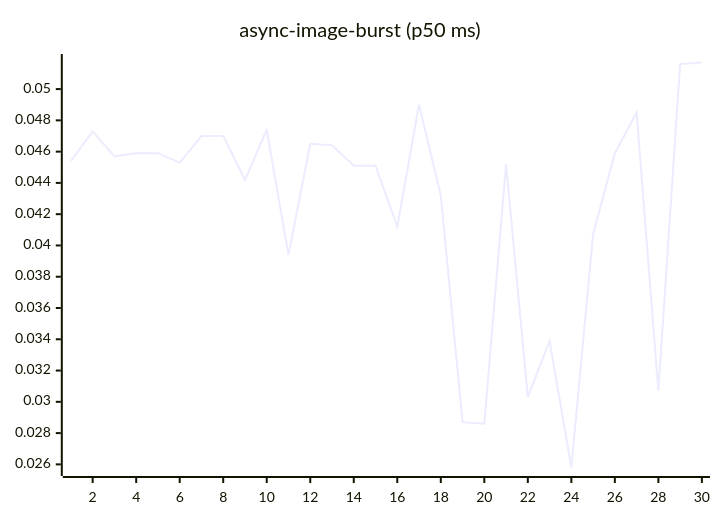
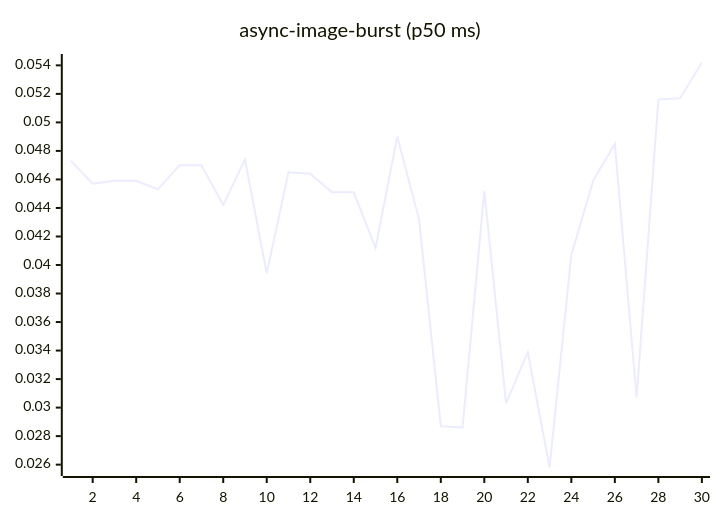
The fourth of 27 diagrams in README.md (josha/Facet), drawn with Mermaid before and after one commit. The commit also changed other lines of this file and 2 other files, not shown here.

````diff
--- a/README.md
+++ b/README.md
@@ -84,6 +84,6 @@
 ```mermaid
 xychart-beta
     title "async-image-burst (p50 ms)"
     x-axis 1 --> 30
-    line [0.0454, 0.0473, 0.0457, 0.0459, 0.0459, 0.0453, 0.0470, 0.0470, 0.0442, 0.0474, 0.0394, 0.0465, 0.0464, 0.0451, 0.0451, 0.0412, 0.0490, 0.0432, 0.0287, 0.0286, 0.0452, 0.0303, 0.0339, 0.0258, 0.0407, 0.0459, 0.0485, 0.0307, 0.0516, 0.0517]
+    line [0.0473, 0.0457, 0.0459, 0.0459, 0.0453, 0.0470, 0.0470, 0.0442, 0.0474, 0.0394, 0.0465, 0.0464, 0.0451, 0.0451, 0.0412, 0.0490, 0.0432, 0.0287, 0.0286, 0.0452, 0.0303, 0.0339, 0.0258, 0.0407, 0.0459, 0.0485, 0.0307, 0.0516, 0.0517, 0.0542]
 ```
````
